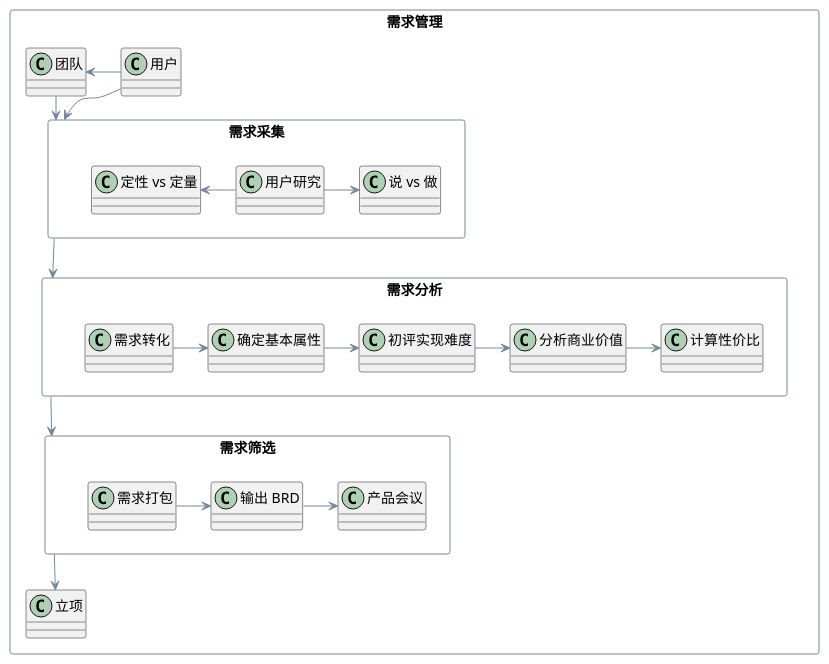
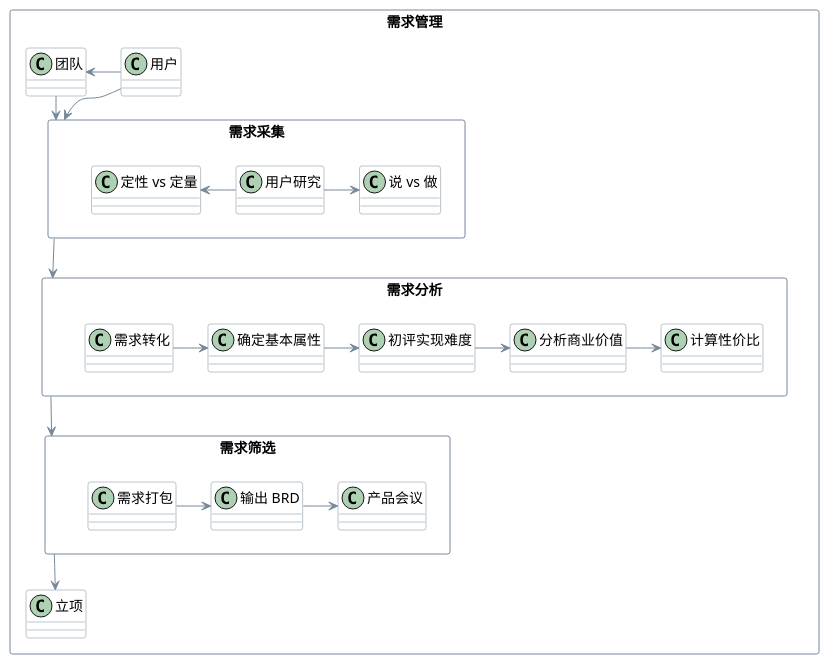
The tenth of 10 diagrams in KimJuice.github.io/source/_posts/关于需求.md (KimJuice/BlogManager), drawn with PlantUML before and after one commit. The commit also changed 4 other files, not shown here.

```diff
--- a/KimJuice.github.io/source/_posts/关于需求.md
+++ b/KimJuice.github.io/source/_posts/关于需求.md
@@ -318,32 +318,32 @@
 {% plantuml %}
-skinparam activity {
+skinparam class {
     BackgroundColor White
     BorderColor LightSlateGray
     ArrowColor LightSlateGray
 }
 skinparam rectangle {
     BorderColor LightSlateGray
 }
 rectangle "需求管理" {
     "用户" -left-> "团队"
     "用户" -down-> "需求采集"
     "团队" -down-> "需求采集"
     rectangle "需求采集" {
     "用户研究" -right-> "说 vs 做"
     "用户研究" -left-> "定性 vs 定量"
     }
     rectangle "需求分析" {
         "需求转化" -> "确定基本属性"
         "确定基本属性" -> "初评实现难度"
         "初评实现难度" -> "分析商业价值"
         "分析商业价值" -> "计算性价比"
     }
     "需求采集" --> "需求分析"
     rectangle "需求筛选" {
         "需求打包" -right-> "输出 BRD"
         "输出 BRD" -right-> "产品会议"
     }
     "需求分析" --> "需求筛选"
     "需求筛选" --> "立项"
 }
 {% endplantuml %}
```
